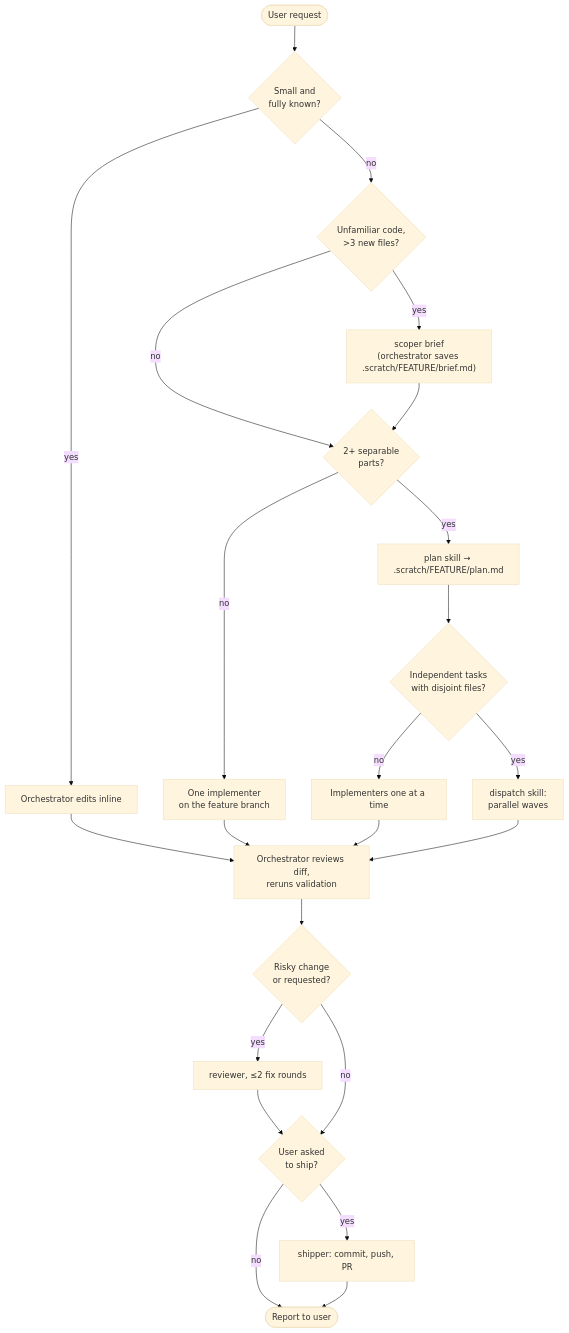
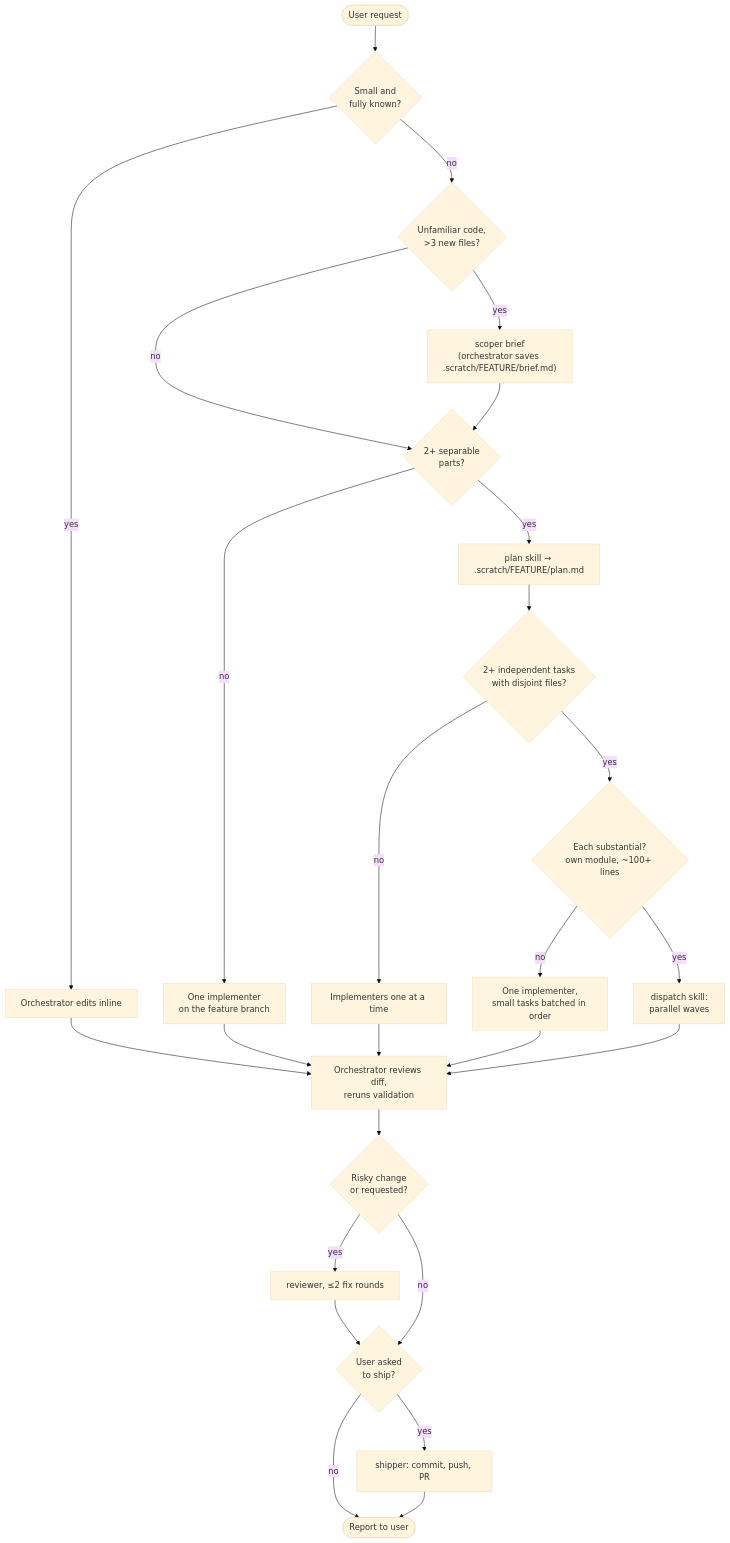
One commit to crafts69guy/orchestra changed the sixth of 9 diagrams in docs/ARCHITECTURE.md. Above: the diagram before and after it, drawn with Mermaid (base theme). The commit also changed other lines of this file and 13 other files, not shown here.

First line of the commit message:
feat(rules): dispatch only substantial independent tasks (v0.4.0)

````diff
--- a/docs/ARCHITECTURE.md
+++ b/docs/ARCHITECTURE.md
@@ -205,23 +205,26 @@
 ```mermaid
 flowchart TD
   start([User request]) --> size{Small and<br/>fully known?}
   size -->|yes| inline[Orchestrator edits inline] --> verify
   size -->|no| unfamiliar{Unfamiliar code,<br/>>3 new files?}
   unfamiliar -->|yes| scope["scoper brief<br/>(orchestrator saves .scratch/FEATURE/brief.md)"]
   unfamiliar -->|no| split
   scope --> split{2+ separable<br/>parts?}
   split -->|no| impl1[One implementer<br/>on the feature branch]
   split -->|yes| plan["plan skill → .scratch/FEATURE/plan.md"]
-  plan --> indep{Independent tasks<br/>with disjoint files?}
+  plan --> indep{2+ independent tasks<br/>with disjoint files?}
   indep -->|no| seq[Implementers one at a time]
-  indep -->|yes| dispatch[dispatch skill:<br/>parallel waves]
+  indep -->|yes| big{Each substantial?<br/>own module, ~100+ lines}
+  big -->|no| batch[One implementer,<br/>small tasks batched in order]
+  big -->|yes| dispatch[dispatch skill:<br/>parallel waves]
   impl1 --> verify
   seq --> verify
+  batch --> verify
   dispatch --> verify
   verify[Orchestrator reviews diff,<br/>reruns validation] --> risky{Risky change<br/>or requested?}
   risky -->|yes| review[reviewer, ≤2 fix rounds] --> ship
   risky -->|no| ship{User asked<br/>to ship?}
   ship -->|yes| shipper[shipper: commit, push, PR]
   ship -->|no| done([Report to user])
   shipper --> done
 ```
````
